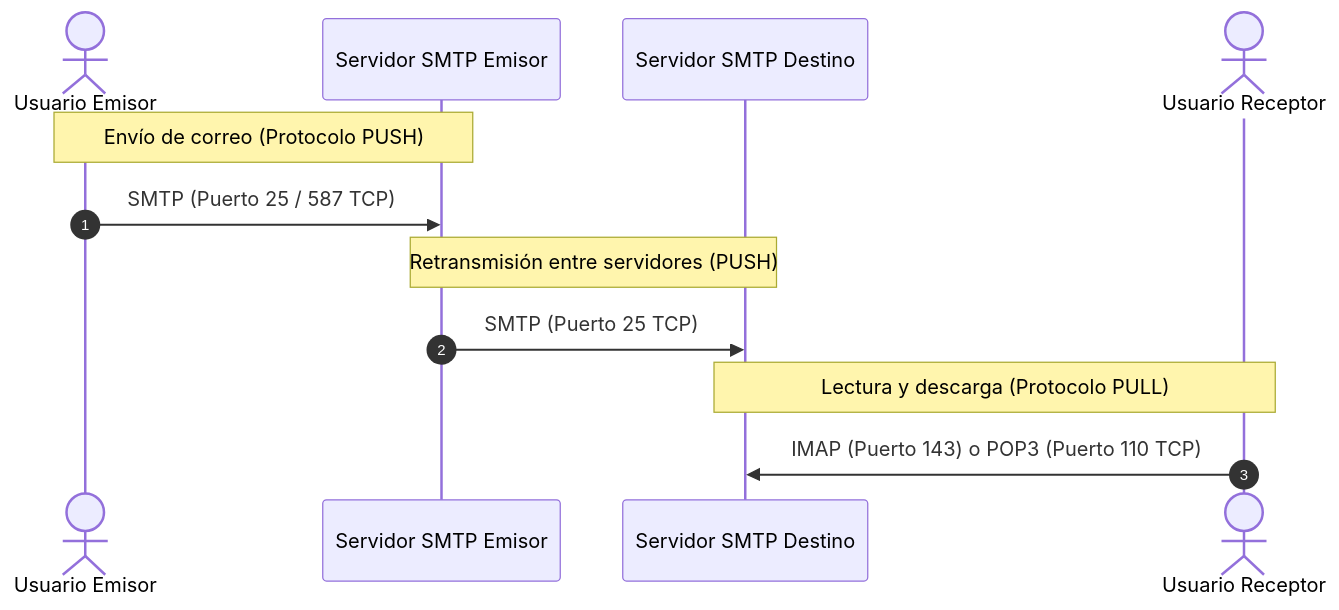
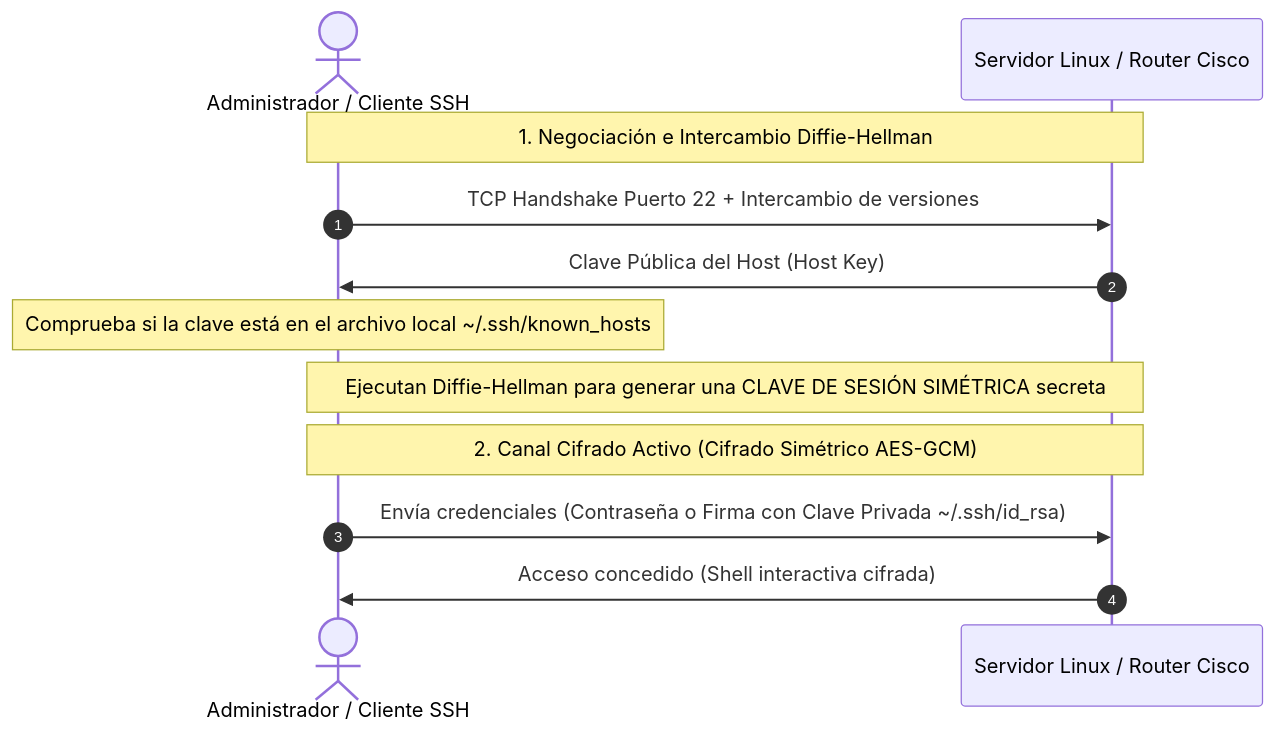
Before and after one commit to ch4rf/redes-computadoras: the first of 2 diagrams in Teoria/Modulo_2_Capa_Aplicacion/05_Transferencia_Archivos_Acceso_Remoto_Correo.md, drawn with Mermaid. The commit also changed other lines of this file and 11 other files, not shown here.

````diff
--- a/Teoria/Modulo_2_Capa_Aplicacion/05_Transferencia_Archivos_Acceso_Remoto_Correo.md
+++ b/Teoria/Modulo_2_Capa_Aplicacion/05_Transferencia_Archivos_Acceso_Remoto_Correo.md
@@ -40,17 +28,16 @@
 ```mermaid
 sequenceDiagram
     autonumber
-    actor Emisor as Usuario Emisor
-    participant MTA1 as Servidor SMTP Emisor
-    participant MTA2 as Servidor SMTP Destino
-    actor Receptor as Usuario Receptor
+    actor Cliente as Administrador / Cliente SSH
+    participant Servidor as Servidor Linux / Router Cisco
     
-    Note over Emisor,MTA1: Envío de correo (Protocolo PUSH)
-    Emisor->>MTA1: SMTP (Puerto 25 / 587 TCP)
+    Note over Cliente,Servidor: 1. Negociación e Intercambio Diffie-Hellman
+    Cliente->>Servidor: TCP Handshake Puerto 22 + Intercambio de versiones
+    Servidor->>Cliente: Clave Pública del Host (Host Key)
+    Note over Cliente: Comprueba si la clave está en el archivo local ~/.ssh/known_hosts
+    Note over Cliente,Servidor: Ejecutan Diffie-Hellman para generar una CLAVE DE SESIÓN SIMÉTRICA secreta
     
-    Note over MTA1,MTA2: Retransmisión entre servidores (PUSH)
-    MTA1->>MTA2: SMTP (Puerto 25 TCP)
-    
-    Note over MTA2,Receptor: Lectura y descarga (Protocolo PULL)
-    Receptor->>MTA2: IMAP (Puerto 143) o POP3 (Puerto 110 TCP)
+    Note over Cliente,Servidor: 2. Canal Cifrado Activo (Cifrado Simétrico AES-GCM)
+    Cliente->>Servidor: Envía credenciales (Contraseña o Firma con Clave Privada ~/.ssh/id_rsa)
+    Servidor->>Cliente: Acceso concedido (Shell interactiva cifrada)
 ```
````
